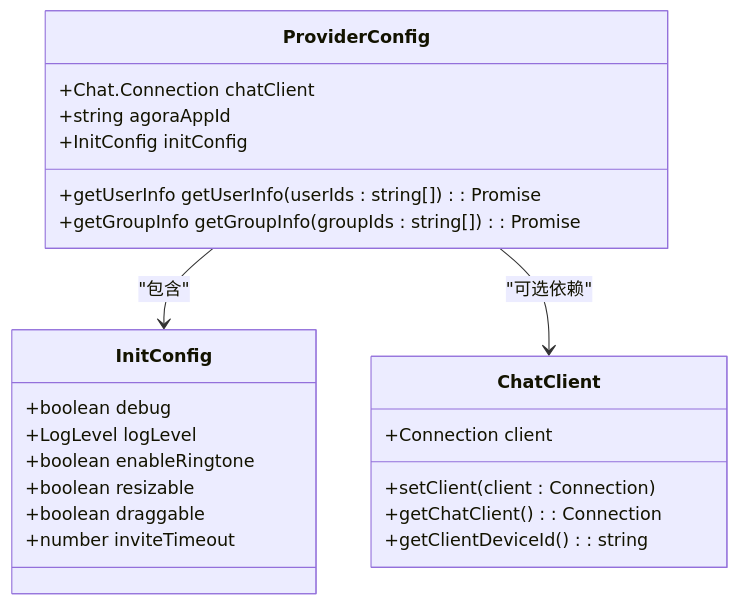
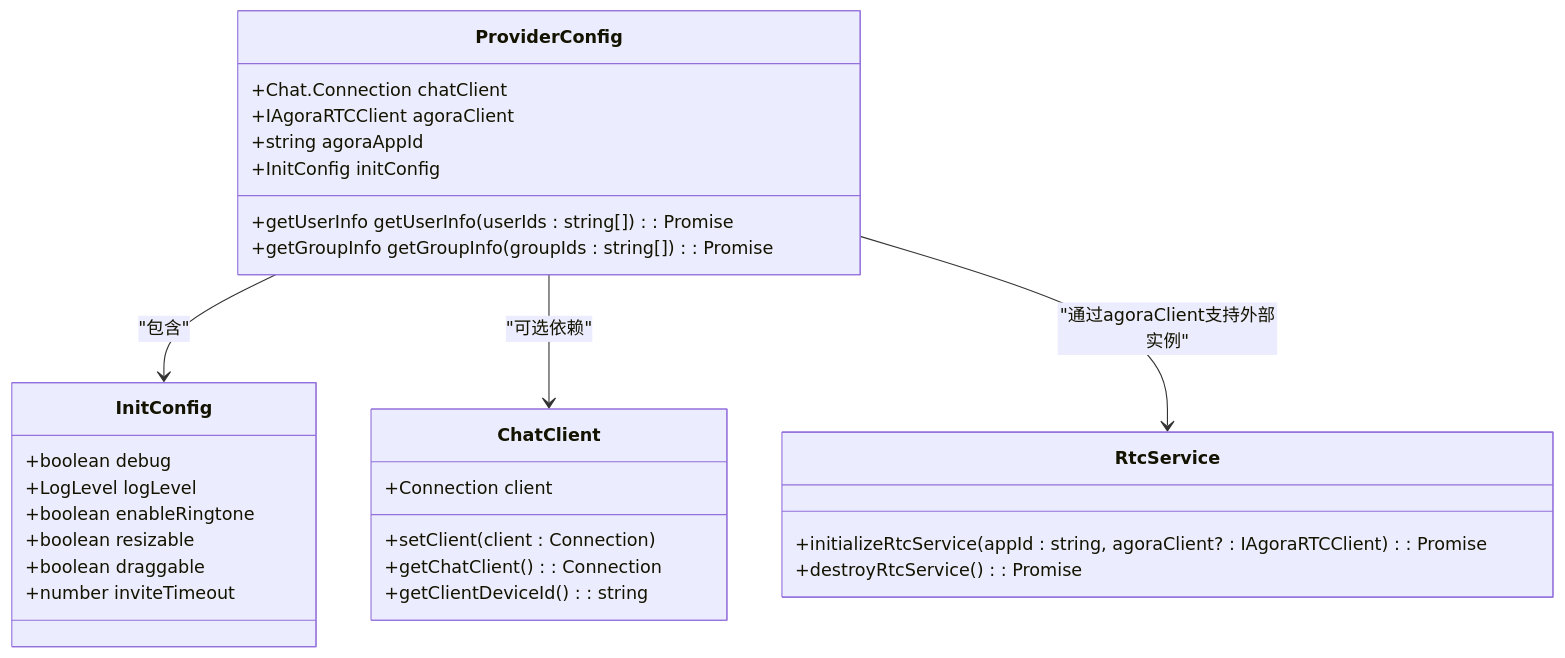
The second of 8 diagrams in .qoder/repowiki/zh/content/Provider Config Interface.md (Easemob-Community/easemob-uikit-callkit-vue3), drawn with Mermaid before and after one commit. The commit also changed other lines of this file and 6 other files, not shown here.

````diff
--- a/.qoder/repowiki/zh/content/Provider Config Interface.md
+++ b/.qoder/repowiki/zh/content/Provider Config Interface.md
@@ -85,26 +94,32 @@
 ```mermaid
 classDiagram
 class ProviderConfig {
 +Chat.Connection chatClient
++IAgoraRTCClient agoraClient
 +string agoraAppId
 +InitConfig initConfig
 +getUserInfo getUserInfo(userIds : string[]) : Promise<UserProfile[]>
 +getGroupInfo getGroupInfo(groupIds : string[]) : Promise<GroupProfile[]>
 }
 class InitConfig {
 +boolean debug
 +LogLevel logLevel
 +boolean enableRingtone
 +boolean resizable
 +boolean draggable
 +number inviteTimeout
 }
 class ChatClient {
 +Connection client
 +setClient(client : Connection)
 +getChatClient() : Connection
 +getClientDeviceId() : string
 }
+class RtcService {
++initializeRtcService(appId : string, agoraClient? : IAgoraRTCClient) : Promise<void>
++destroyRtcService() : Promise<void>
+}
 ProviderConfig --> InitConfig : "包含"
 ProviderConfig --> ChatClient : "可选依赖"
+ProviderConfig --> RtcService : "通过agoraClient支持外部实例"
 ```
````
